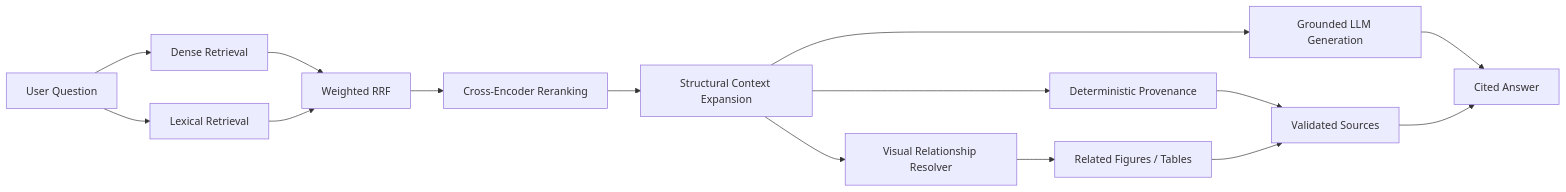
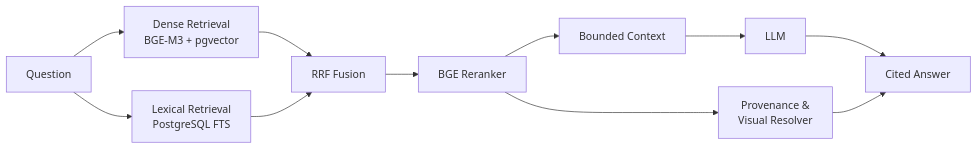
One commit to Fahmie23/ragProject changed the second of 2 diagrams in README.md. Above: the diagram before and after it, drawn with Mermaid. The commit also changed other lines of this file, not shown here.

Commit message:
Simplify README architecture diagrams

````diff
--- a/README.md
+++ b/README.md
@@ -195,22 +126,18 @@
 ```mermaid
-graph LR
-    Q["User Question"] --> D["Dense Retrieval"]
-    Q --> L["Lexical Retrieval"]
+flowchart LR
+    Q["Question"]
 
-    D --> H["Weighted RRF"]
-    L --> H
+    Q --> D["Dense Retrieval<br/>BGE-M3 + pgvector"]
+    Q --> L["Lexical Retrieval<br/>PostgreSQL FTS"]
 
-    H --> R["Cross-Encoder Reranking"]
-    R --> C["Structural Context Expansion"]
-    C --> G["Grounded LLM Generation"]
-    G --> A["Cited Answer"]
+    D --> R["RRF Fusion"]
+    L --> R
 
-    C --> P["Deterministic Provenance"]
-    P --> S["Validated Sources"]
+    R --> RR["BGE Reranker"]
+    RR --> C["Bounded Context"]
+    C --> LLM["LLM"]
+    LLM --> A["Cited Answer"]
 
-    C --> V["Visual Relationship Resolver"]
-    V --> F["Related Figures / Tables"]
-    F --> S
-
-    S --> A
+    RR --> P["Provenance &<br/>Visual Resolver"]
+    P --> A
 ```
````
